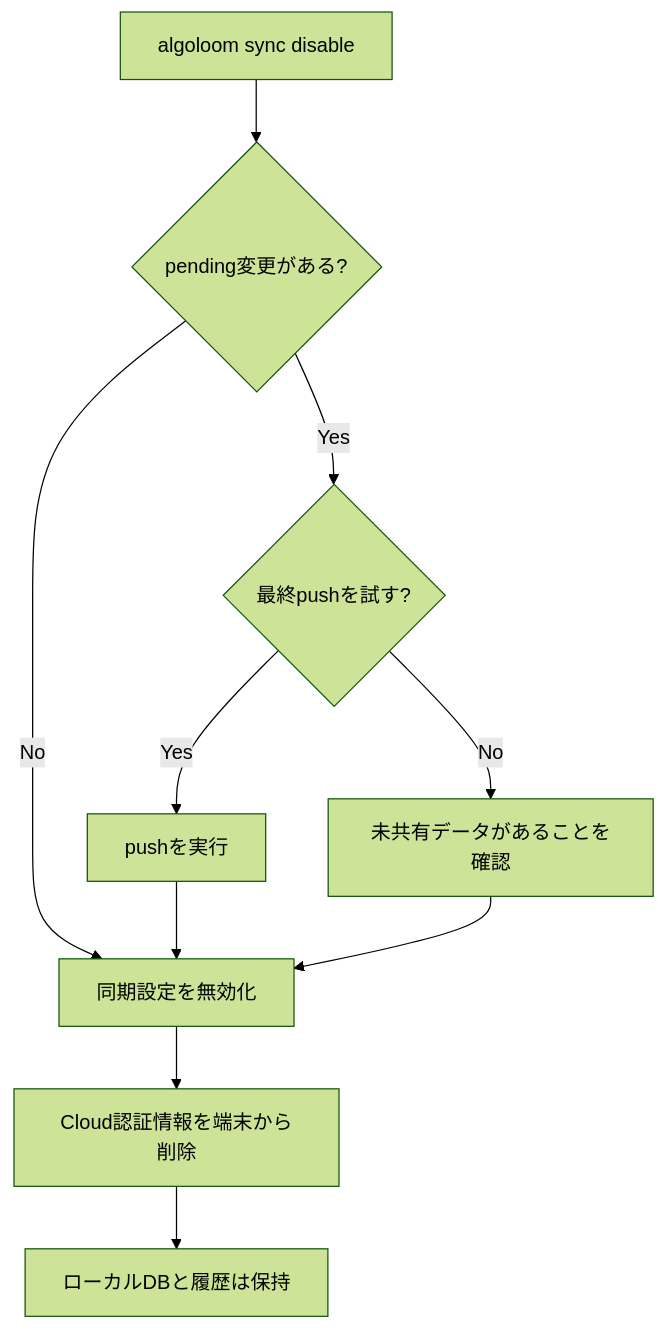
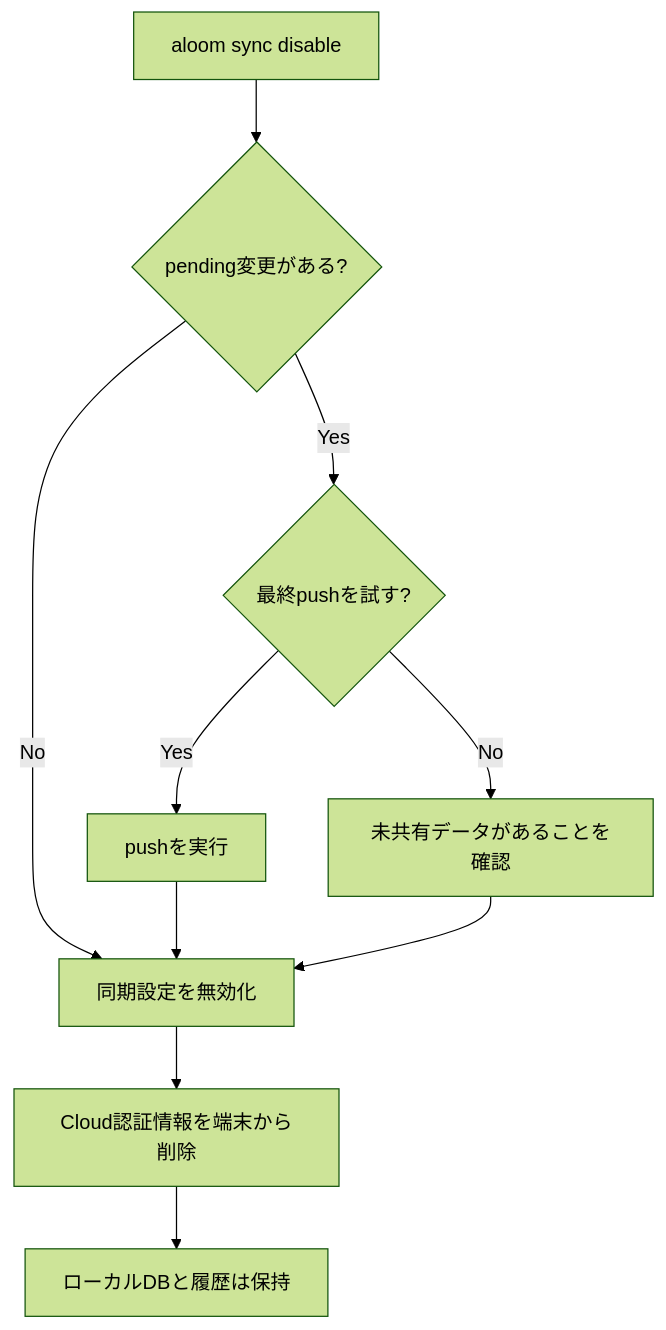
The eighth of 11 diagrams in database/local-and-cloud-sync-design.md (mgmaru/algo-loom), drawn with Mermaid (forest theme) before and after one commit. The commit also changed other lines of this file and 7 other files, not shown here.

````diff
--- a/database/local-and-cloud-sync-design.md
+++ b/database/local-and-cloud-sync-design.md
@@ -449,12 +449,12 @@
 ```mermaid
 flowchart TD
-    A[algoloom sync disable] --> B{pending変更がある?}
+    A[aloom sync disable] --> B{pending変更がある?}
     B -->|No| E[同期設定を無効化]
     B -->|Yes| C{最終pushを試す?}
     C -->|Yes| D[pushを実行]
     C -->|No| F[未共有データがあることを確認]
     D --> E
     F --> E
     E --> G[Cloud認証情報を端末から削除]
     G --> H[ローカルDBと履歴は保持]
 ```
````
